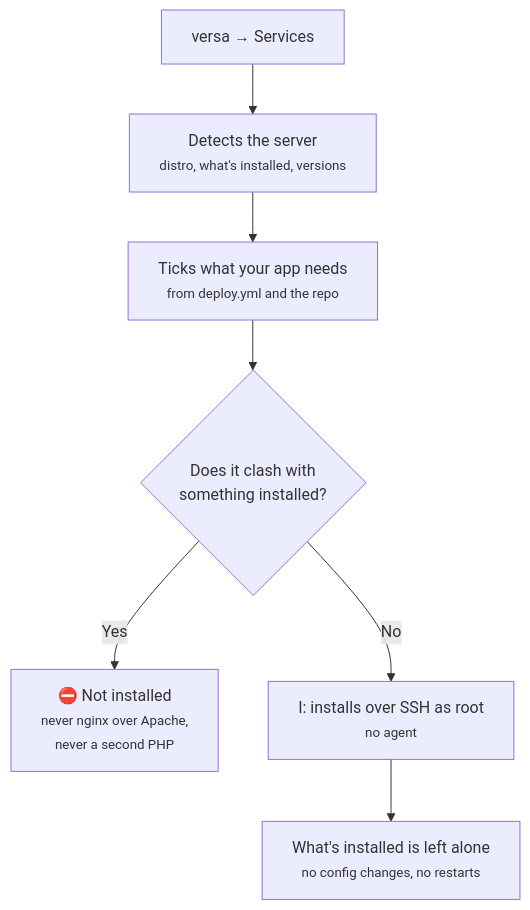
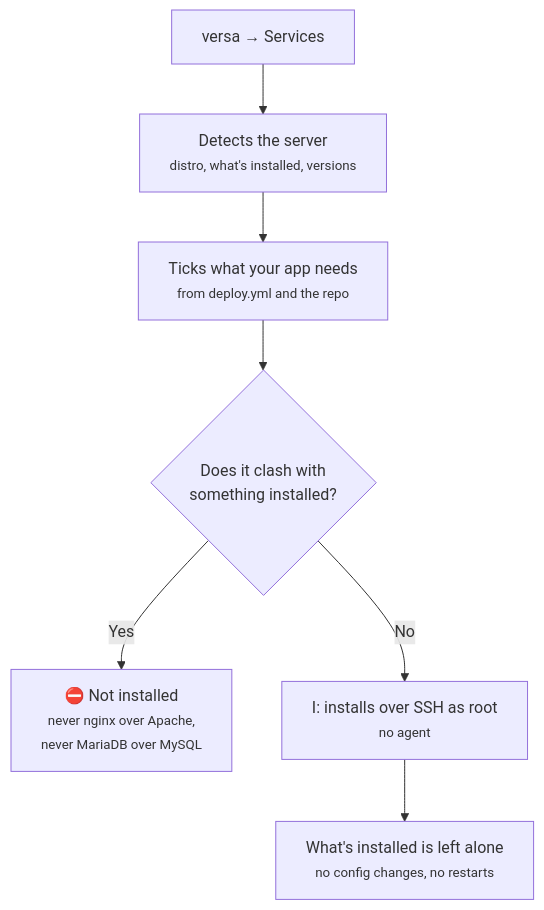
The seventh of 7 diagrams in site/docs/flows.en.md (kriollo/versaDeploy), drawn with Mermaid before and after one commit. The commit also changed 40 other files, not shown here.

````diff
--- a/site/docs/flows.en.md
+++ b/site/docs/flows.en.md
@@ -117,9 +117,9 @@
 ```mermaid
 flowchart TD
     A[versa → Services] --> B[Detects the server<br><small>distro, what's installed, versions</small>]
     B --> C[Ticks what your app needs<br><small>from deploy.yml and the repo</small>]
     C --> D{Does it clash with<br>something installed?}
-    D -- Yes --> X[⛔ Not installed<br><small>never nginx over Apache,<br>never a second PHP</small>]
+    D -- Yes --> X[⛔ Not installed<br><small>never nginx over Apache,<br>never MariaDB over MySQL</small>]
     D -- No --> E[I: installs over SSH as root<br><small>no agent</small>]
     E --> F[What's installed is left alone<br><small>no config changes, no restarts</small>]
 ```
````
